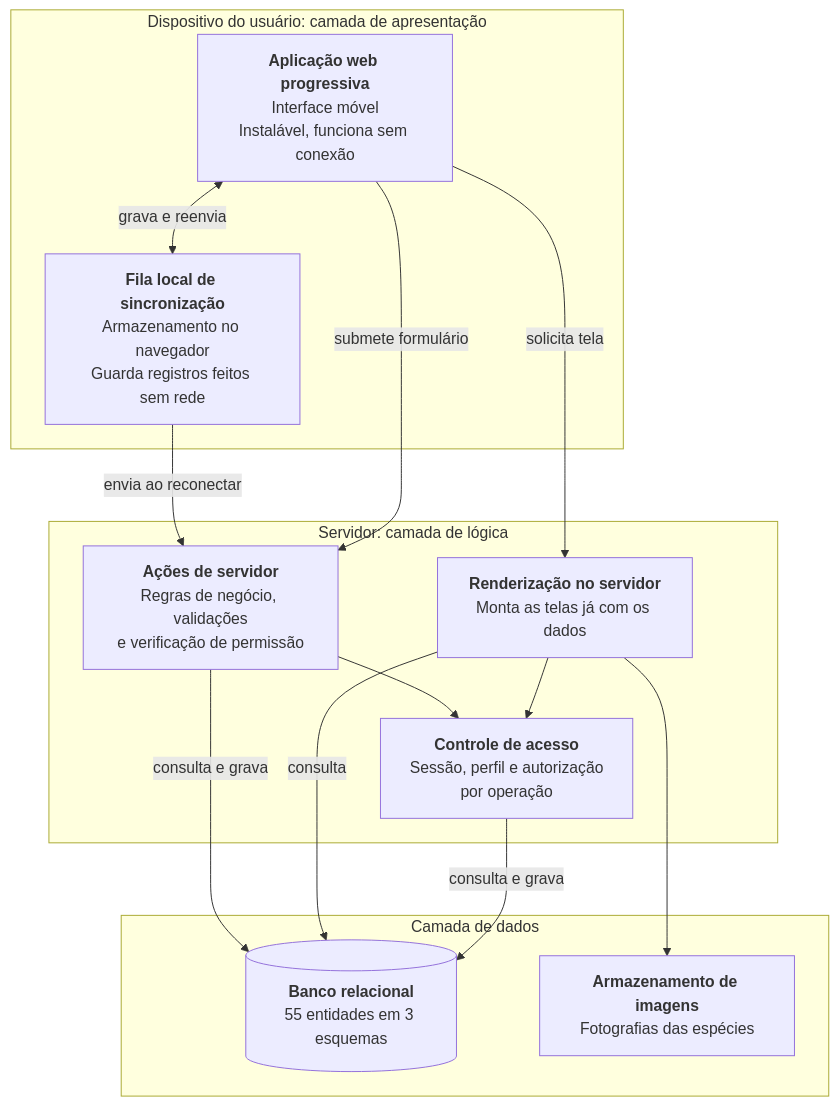
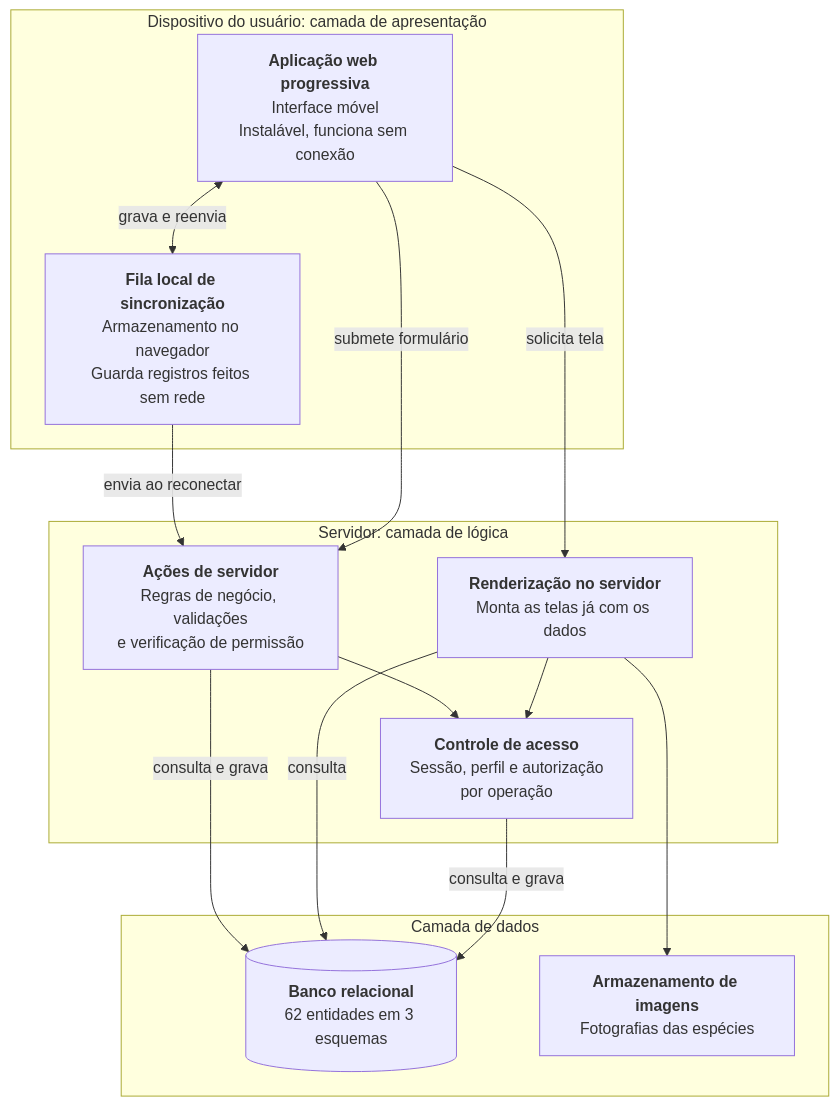
Before and after one commit to JoaoMudar/mudar: the second of 3 diagrams in docs/engenharia/D-arquitetura/D1-arquitetura-c4.md, drawn with Mermaid. The commit also changed other lines of this file and 35 other files, not shown here.

````diff
--- a/docs/engenharia/D-arquitetura/D1-arquitetura-c4.md
+++ b/docs/engenharia/D-arquitetura/D1-arquitetura-c4.md
@@ -73,30 +73,30 @@
 ```mermaid
 graph TB
   subgraph disp["Dispositivo do usuário: camada de apresentação"]
     PWA["<b>Aplicação web progressiva</b><br/>Interface móvel<br/>Instalável, funciona sem conexão"]
     FILA["<b>Fila local de sincronização</b><br/>Armazenamento no navegador<br/>Guarda registros feitos sem rede"]
   end
 
   subgraph srv["Servidor: camada de lógica"]
     REND["<b>Renderização no servidor</b><br/>Monta as telas já com os dados"]
     ACOES["<b>Ações de servidor</b><br/>Regras de negócio, validações<br/>e verificação de permissão"]
     AUTH["<b>Controle de acesso</b><br/>Sessão, perfil e autorização<br/>por operação"]
   end
 
   subgraph dados["Camada de dados"]
-    BD[("<b>Banco relacional</b><br/>55 entidades em 3 esquemas")]
+    BD[("<b>Banco relacional</b><br/>62 entidades em 3 esquemas")]
     ARQ["<b>Armazenamento de imagens</b><br/>Fotografias das espécies"]
   end
 
   PWA -->|"solicita tela"| REND
   PWA -->|"submete formulário"| ACOES
   PWA <-->|"grava e reenvia"| FILA
   FILA -->|"envia ao reconectar"| ACOES
 
   REND --> AUTH
   ACOES --> AUTH
   AUTH -->|"consulta e grava"| BD
   REND -->|"consulta"| BD
   ACOES -->|"consulta e grava"| BD
   REND --> ARQ
 ```
````
